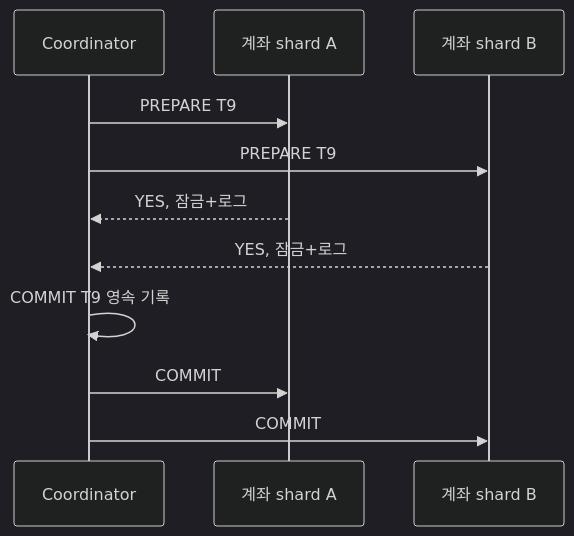
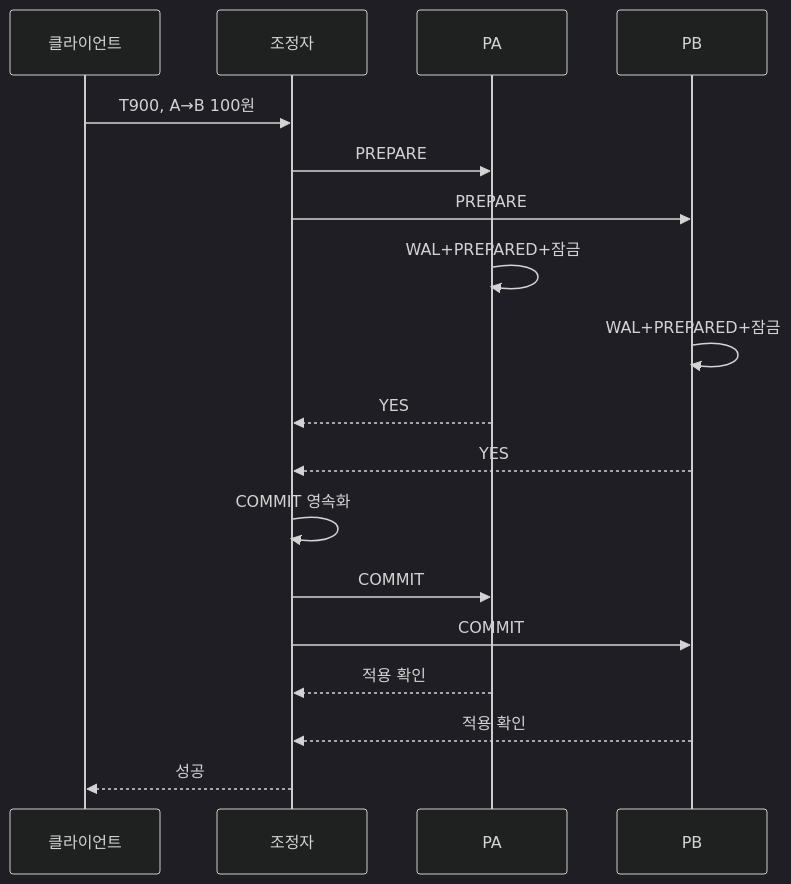
One commit to mj006648/netai-devsecops-runbook changed the diagram in learning/distributed-systems/07-transactions-and-two-phase-commit.md. Above: the diagram before and after it, drawn with Mermaid (dark theme). The commit also changed other lines of this file and 68 other files, not shown here.

````diff
--- a/learning/distributed-systems/07-transactions-and-two-phase-commit.md
+++ b/learning/distributed-systems/07-transactions-and-two-phase-commit.md
@@ -67,13 +40,20 @@
-```mermaid
+~~~mermaid
 sequenceDiagram
- participant C as Coordinator
- participant A as 계좌 shard A
- participant B as 계좌 shard B
- C->>A: PREPARE T9
- C->>B: PREPARE T9
- A-->>C: YES, 잠금+로그
- B-->>C: YES, 잠금+로그
- C->>C: COMMIT T9 영속 기록
- C->>A: COMMIT
- C->>B: COMMIT
-```
+    participant U as 클라이언트
+    participant C as 조정자
+    participant A as PA
+    participant B as PB
+    U->>C: T900, A→B 100원
+    C->>A: PREPARE
+    C->>B: PREPARE
+    A->>A: WAL+PREPARED+잠금
+    B->>B: WAL+PREPARED+잠금
+    A-->>C: YES
+    B-->>C: YES
+    C->>C: COMMIT 영속화
+    C->>A: COMMIT
+    C->>B: COMMIT
+    A-->>C: 적용 확인
+    B-->>C: 적용 확인
+    C-->>U: 성공
+~~~
````
